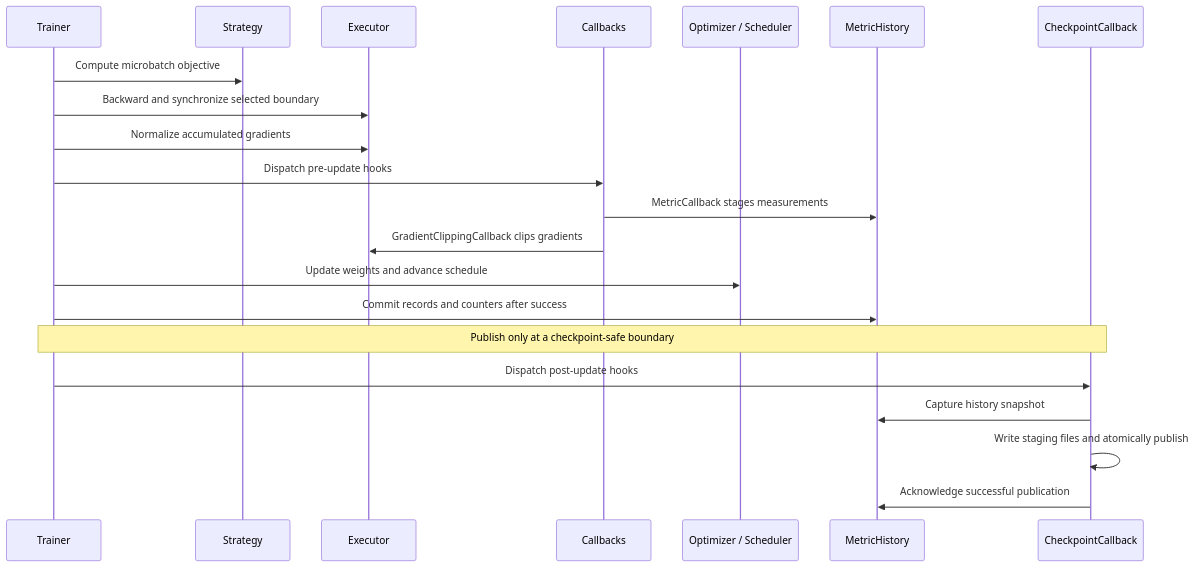
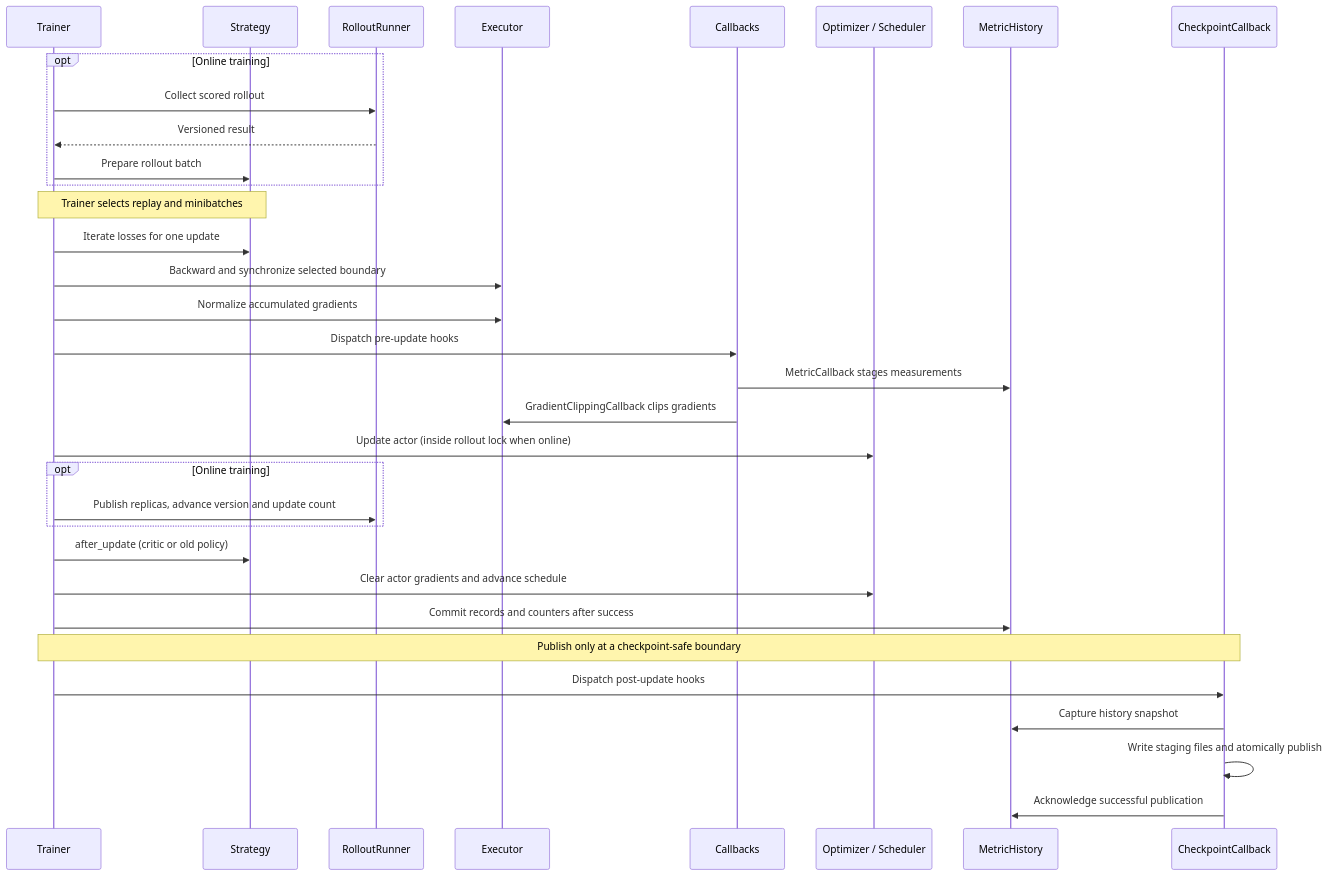
One commit to ViperEkura/AstrAI changed the third of 5 diagrams in docs/developer/architecture.md. Above: the diagram before and after it, drawn with Mermaid. The commit also changed other lines of this file and 32 other files, not shown here.

````diff
--- a/docs/developer/architecture.md
+++ b/docs/developer/architecture.md
@@ -120,23 +127,35 @@
 ```mermaid
 sequenceDiagram
     participant T as Trainer
     participant S as Strategy
+    participant R as RolloutRunner
     participant E as Executor
     participant B as Callbacks
     participant O as Optimizer / Scheduler
     participant H as MetricHistory
     participant C as CheckpointCallback
-    T->>S: Compute microbatch objective
+    opt Online training
+        T->>R: Collect scored rollout
+        R-->>T: Versioned result
+        T->>S: Prepare rollout batch
+    end
+    Note over T,S: Trainer selects replay and minibatches
+    T->>S: Iterate losses for one update
     T->>E: Backward and synchronize selected boundary
     T->>E: Normalize accumulated gradients
     T->>B: Dispatch pre-update hooks
     B->>H: MetricCallback stages measurements
     B->>E: GradientClippingCallback clips gradients
-    T->>O: Update weights and advance schedule
+    T->>O: Update actor (inside rollout lock when online)
+    opt Online training
+        T->>R: Publish replicas, advance version and update count
+    end
+    T->>S: after_update (critic or old policy)
+    T->>O: Clear actor gradients and advance schedule
     T->>H: Commit records and counters after success
     Note over T,C: Publish only at a checkpoint-safe boundary
     T->>C: Dispatch post-update hooks
     C->>H: Capture history snapshot
     C->>C: Write staging files and atomically publish
     C->>H: Acknowledge successful publication
 ```
````
